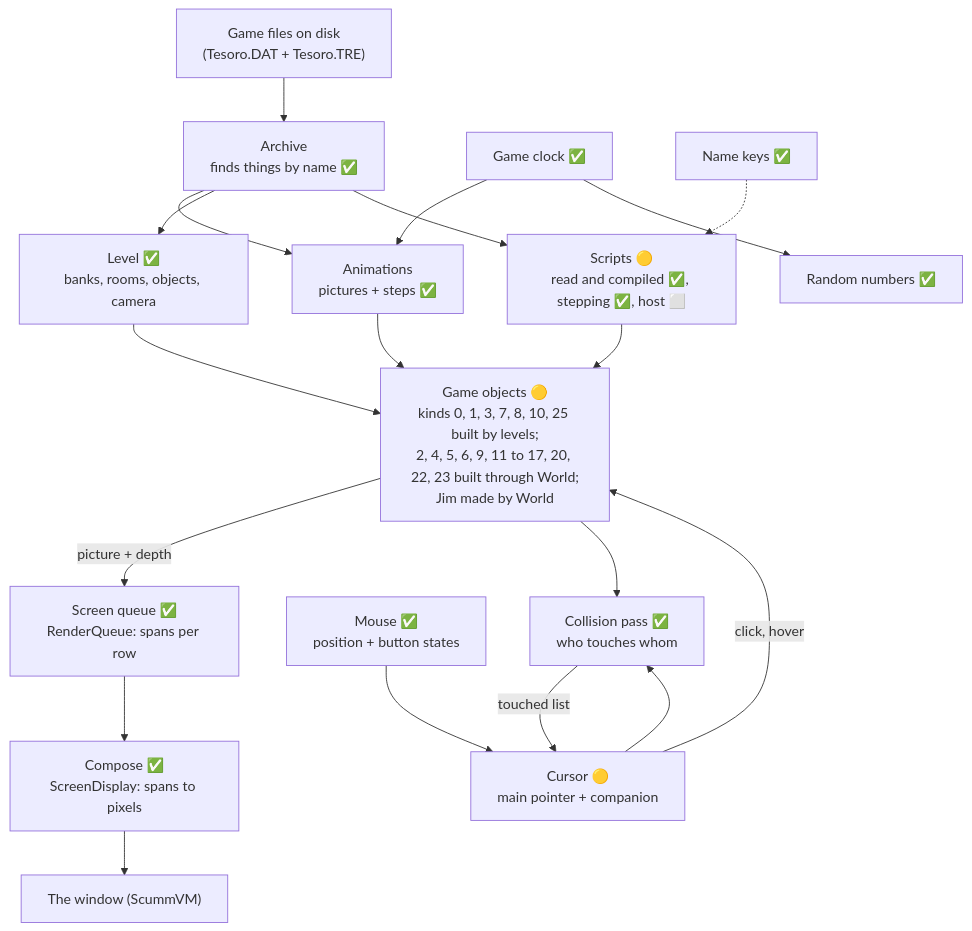
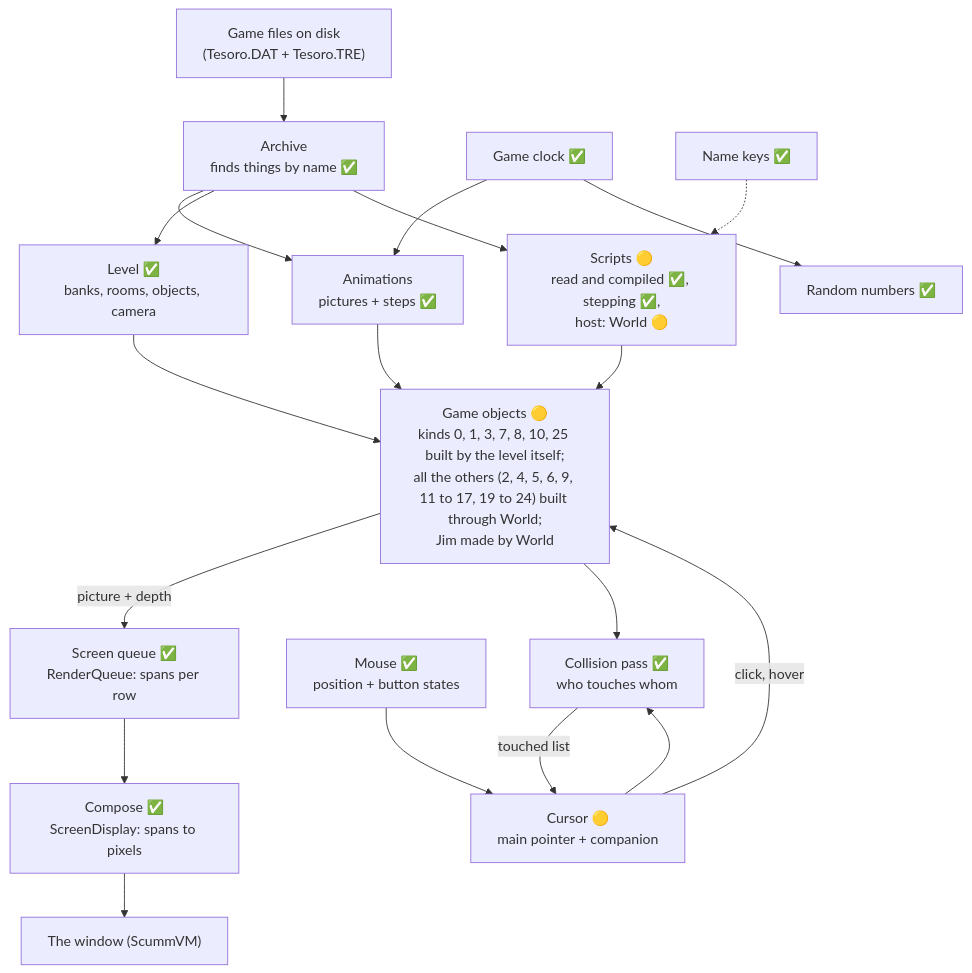
Before and after one commit to kelmer44/tesoro-stuff: the first of 8 diagrams in re/SUBSYSTEMS.md, drawn with Mermaid. The commit also changed other lines of this file, not shown here.

````diff
--- a/re/SUBSYSTEMS.md
+++ b/re/SUBSYSTEMS.md
@@ -17,21 +44,21 @@
 ```mermaid
 flowchart TD
     Disk["Game files on disk<br/>(Tesoro.DAT + Tesoro.TRE)"] --> Archive["Archive<br/>finds things by name ✅"]
     Archive --> Anim["Animations<br/>pictures + steps ✅"]
     Archive --> Level["Level ✅<br/>banks, rooms, objects, camera"]
     Clock["Game clock ✅"] --> Anim
-    Anim --> Objects["Game objects 🟡<br/>kinds 0, 1, 3, 7, 8, 10, 25 built by levels;<br/>2, 4, 5, 6, 9, 11 to 17, 20, 22, 23 built through World;<br/>Jim made by World"]
+    Anim --> Objects["Game objects 🟡<br/>kinds 0, 1, 3, 7, 8, 10, 25 built by the level itself;<br/>all the others (2, 4, 5, 6, 9, 11 to 17, 19 to 24) built through World;<br/>Jim made by World"]
     Level --> Objects
     Objects -->|"picture + depth"| Queue["Screen queue ✅<br/>RenderQueue: spans per row"]
     Queue --> Compose["Compose ✅<br/>ScreenDisplay: spans to pixels"]
     Compose --> Window["The window (ScummVM)"]
     Mouse["Mouse ✅<br/>position + button states"] --> Cursor["Cursor 🟡<br/>main pointer + companion"]
     Cursor --> Collide["Collision pass ✅<br/>who touches whom"]
     Objects --> Collide
     Collide -->|"touched list"| Cursor
     Cursor -->|"click, hover"| Objects
     Clock --> Random["Random numbers ✅"]
-    Names["Name keys ✅"] -.-> Scripts["Scripts 🟡<br/>read and compiled ✅, stepping ✅, host ⬜"]
+    Names["Name keys ✅"] -.-> Scripts["Scripts 🟡<br/>read and compiled ✅, stepping ✅,<br/>host: World 🟡"]
     Archive --> Scripts
     Scripts --> Objects
 ```
````
